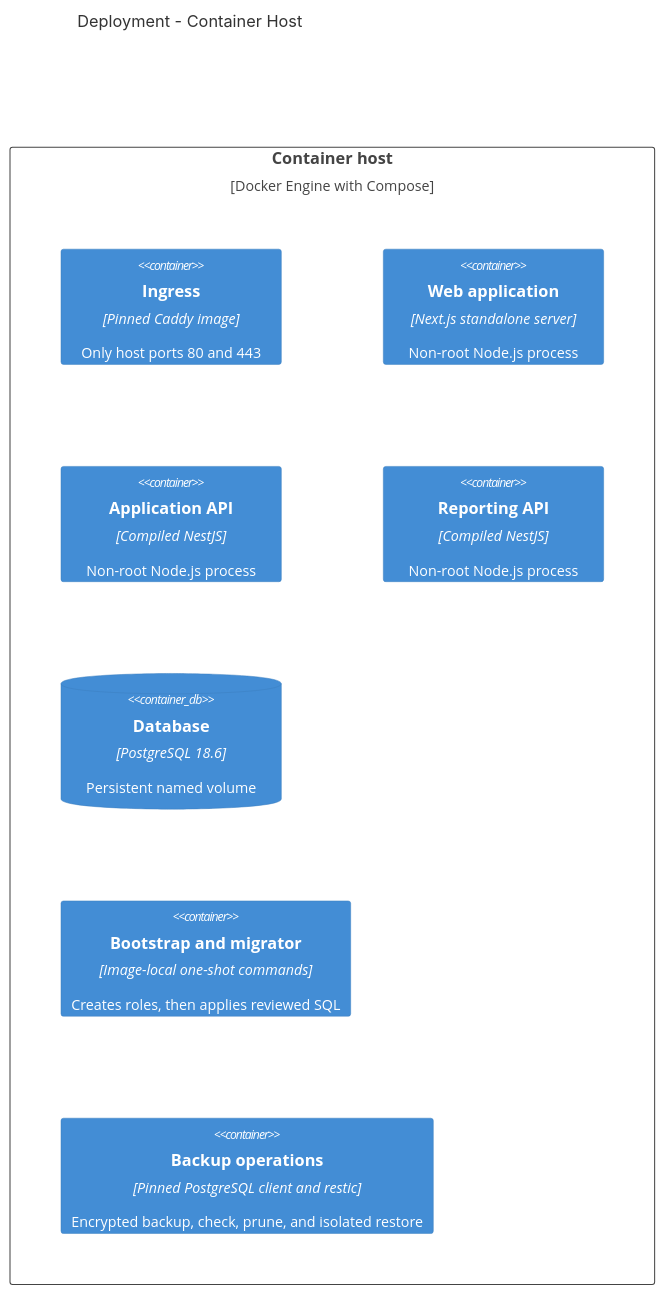
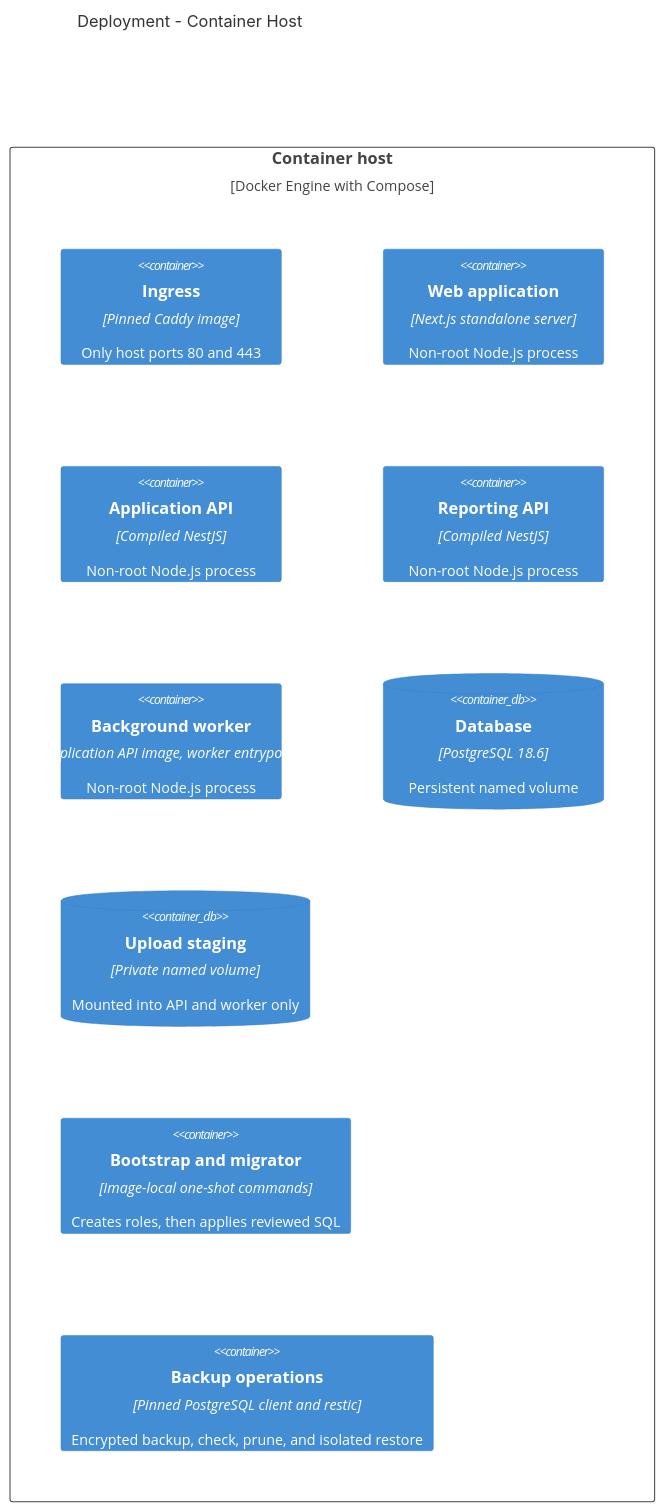
Before and after one commit to hlebtkachenko/analytics: the fourth of 4 diagrams in ARCHITECTURE.md, drawn with Mermaid. The commit also changed other lines of this file and 21 other files, not shown here.

````diff
--- a/ARCHITECTURE.md
+++ b/ARCHITECTURE.md
@@ -135,14 +162,16 @@
 ```mermaid
 C4Deployment
   title Deployment - Container Host
 
   Deployment_Node(host, "Container host", "Docker Engine with Compose") {
     Container(caddy, "Ingress", "Pinned Caddy image", "Only host ports 80 and 443")
     Container(web, "Web application", "Next.js standalone server", "Non-root Node.js process")
     Container(api, "Application API", "Compiled NestJS", "Non-root Node.js process")
     Container(reporting, "Reporting API", "Compiled NestJS", "Non-root Node.js process")
+    Container(worker, "Background worker", "Application API image, worker entrypoint", "Non-root Node.js process")
     ContainerDb(database, "Database", "PostgreSQL 18.6", "Persistent named volume")
+    ContainerDb(staging, "Upload staging", "Private named volume", "Mounted into API and worker only")
     Container(bootstrap, "Bootstrap and migrator", "Image-local one-shot commands", "Creates roles, then applies reviewed SQL")
     Container(backup, "Backup operations", "Pinned PostgreSQL client and restic", "Encrypted backup, check, prune, and isolated restore")
   }
 ```
````
